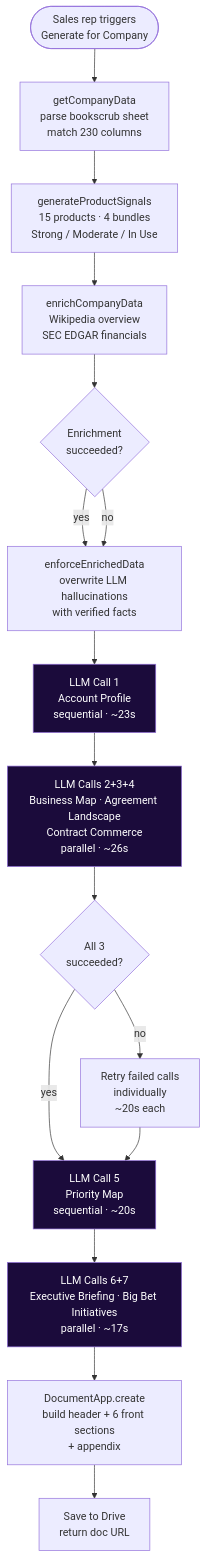
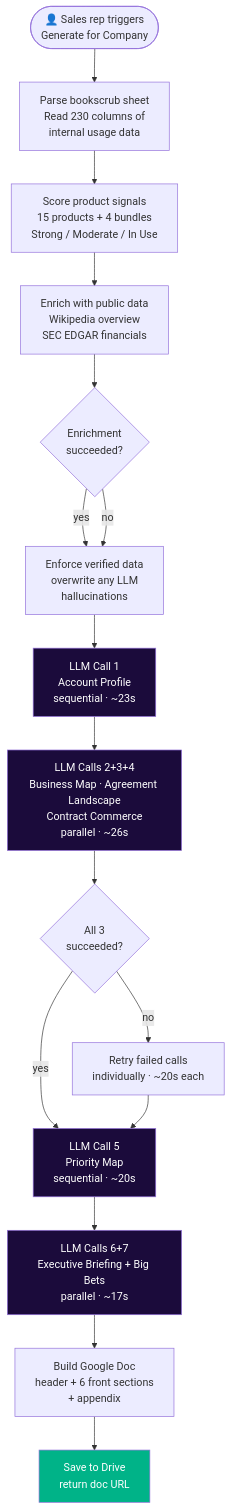
The second of 6 diagrams in README.md (prsolans/growth-strategy-2026), drawn with Mermaid before and after one commit. The commit also changed other lines of this file, not shown here.

Commit message:
Add README with system architecture and pipeline Mermaid diagrams

````diff
--- a/README.md
+++ b/README.md
@@ -54,26 +51,27 @@
 ```mermaid
 flowchart TD
-    A([Sales rep triggers<br/>Generate for Company]) --> B[getCompanyData<br/>parse bookscrub sheet<br/>match 230 columns]
-    B --> C[generateProductSignals<br/>15 products · 4 bundles<br/>Strong / Moderate / In Use]
-    C --> D[enrichCompanyData<br/>Wikipedia overview<br/>SEC EDGAR financials]
-    D --> E{Enrichment<br/>succeeded?}
-    E -- yes --> F[enforceEnrichedData<br/>overwrite LLM hallucinations<br/>with verified facts]
+    A(["👤 Sales rep triggers<br/>Generate for Company"]) --> B["Parse bookscrub sheet<br/>Read 230 columns of<br/>internal usage data"]
+    B --> C["Score product signals<br/>15 products + 4 bundles<br/>Strong / Moderate / In Use"]
+    C --> D["Enrich with public data<br/>Wikipedia overview<br/>SEC EDGAR financials"]
+    D --> E{"Enrichment<br/>succeeded?"}
+    E -- yes --> F["Enforce verified data<br/>overwrite any LLM<br/>hallucinations"]
     E -- no --> F
 
-    F --> G[LLM Call 1<br/>Account Profile<br/>sequential · ~23s]
-    G --> H[LLM Calls 2+3+4<br/>Business Map · Agreement Landscape<br/>Contract Commerce<br/>parallel · ~26s]
+    F --> G["LLM Call 1<br/>Account Profile<br/>sequential · ~23s"]
+    G --> H["LLM Calls 2+3+4<br/>Business Map · Agreement Landscape<br/>Contract Commerce<br/>parallel · ~26s"]
 
-    H --> I{All 3<br/>succeeded?}
+    H --> I{"All 3<br/>succeeded?"}
     I -- yes --> K
-    I -- no --> J[Retry failed calls<br/>individually<br/>~20s each]
-    J --> K[LLM Call 5<br/>Priority Map<br/>sequential · ~20s]
-    K --> L[LLM Calls 6+7<br/>Executive Briefing · Big Bet Initiatives<br/>parallel · ~17s]
+    I -- no --> J["Retry failed calls<br/>individually · ~20s each"]
+    J --> K["LLM Call 5<br/>Priority Map<br/>sequential · ~20s"]
+    K --> L["LLM Calls 6+7<br/>Executive Briefing + Big Bets<br/>parallel · ~17s"]
 
-    L --> M[DocumentApp.create<br/>build header + 6 front sections<br/>+ appendix]
-    M --> N[Save to Drive<br/>return doc URL]
+    L --> M["Build Google Doc<br/>header + 6 front sections<br/>+ appendix"]
+    M --> N["Save to Drive<br/>return doc URL"]
 
-    style G fill:#1B0B3B,color:#fff
-    style H fill:#1B0B3B,color:#fff
-    style K fill:#1B0B3B,color:#fff
-    style L fill:#1B0B3B,color:#fff
+    style G fill:#1B0B3B,color:#ffffff
+    style H fill:#1B0B3B,color:#ffffff
+    style K fill:#1B0B3B,color:#ffffff
+    style L fill:#1B0B3B,color:#ffffff
+    style N fill:#00B388,color:#ffffff
 ```
````
